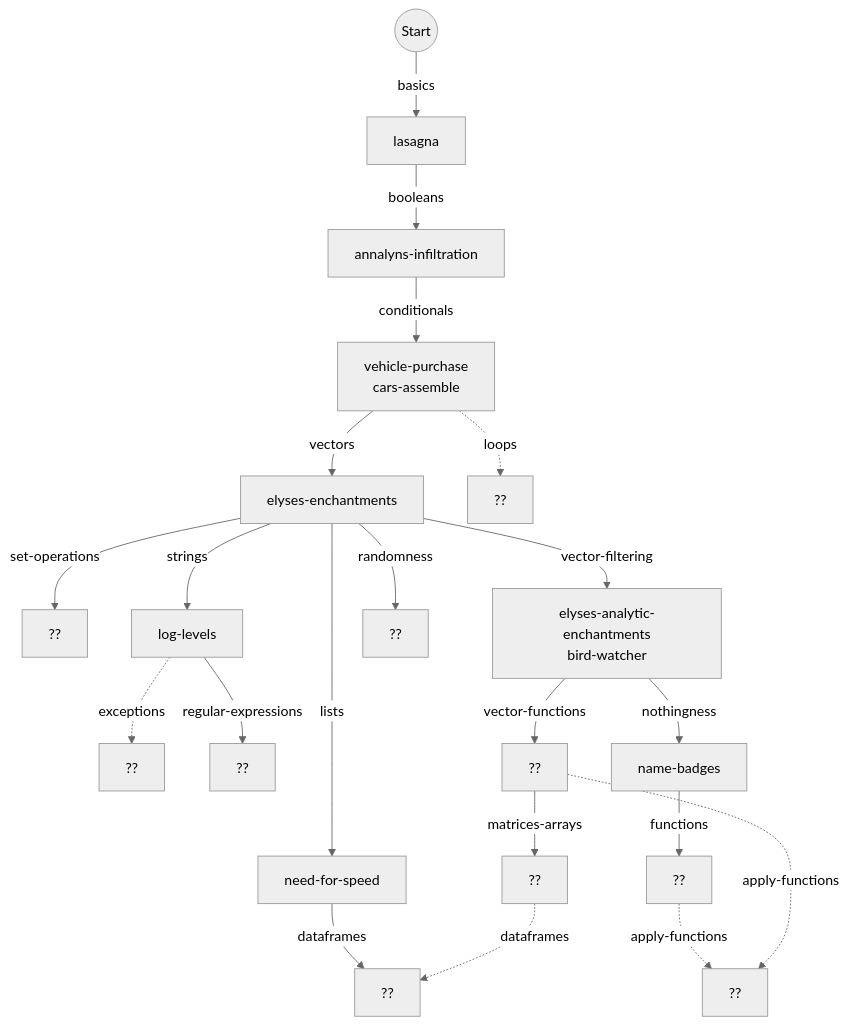
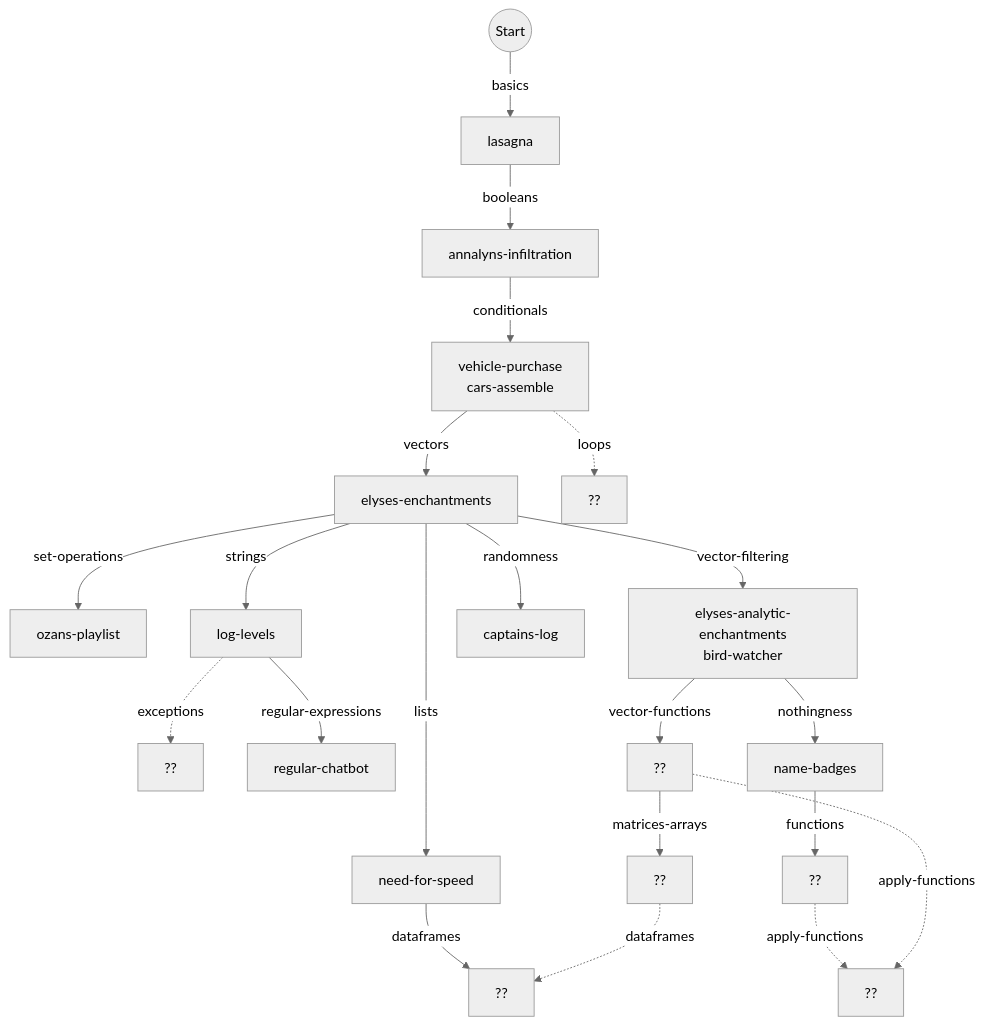
One commit to colinleach/r_concepts changed the first of 2 diagrams in flowchart.md. Above: the diagram before and after it, drawn with Mermaid (neutral theme). The commit also changed 1 other file, not shown here.

Commit message:
top-level stuff

````diff
--- a/flowchart.md
+++ b/flowchart.md
@@ -7,24 +7,24 @@
 ```mermaid
 graph TD
     
 start(("Start")) --basics--> basics["lasagna"]
 basics --booleans--> booleans["annalyns-infiltration"]
 booleans --conditionals--> conditionals["vehicle-purchase<br/>cars-assemble"]
 conditionals --vectors--> vectors["elyses-enchantments"]
 conditionals -.loops.-> loops["??"]
-vectors --set-operations--> set-operations["??"]
+vectors --set-operations--> set-operations["ozans-playlist"]
 strings -.exceptions.-> exceptions["??"]
 vectors --lists--> lists["need-for-speed"]
 vectors --vector-filtering--> vector-filtering["elyses-analytic-enchantments<br/>bird-watcher"]
-strings --regular-expressions--> regular-expressions["??"]
+strings --regular-expressions--> regular-expressions["regular-chatbot"]
 vector-filtering --vector-functions--> vector-functions["??"]
 vector-filtering --nothingness--> nothingness["name-badges"]
 vectors --strings--> strings["log-levels"]
-vectors --randomness--> randomness["??"]
+vectors --randomness--> randomness["captains-log"]
 nothingness --functions--> functions["??"]
 functions -.apply-functions.-> apply-functions["??"]
 vector-functions -.apply-functions.-> apply-functions["??"]
 vector-functions --matrices-arrays--> matrices-arrays["??"]
 lists --dataframes--> dataframes["??"]
 matrices-arrays -.dataframes.-> dataframes
 ```
````
